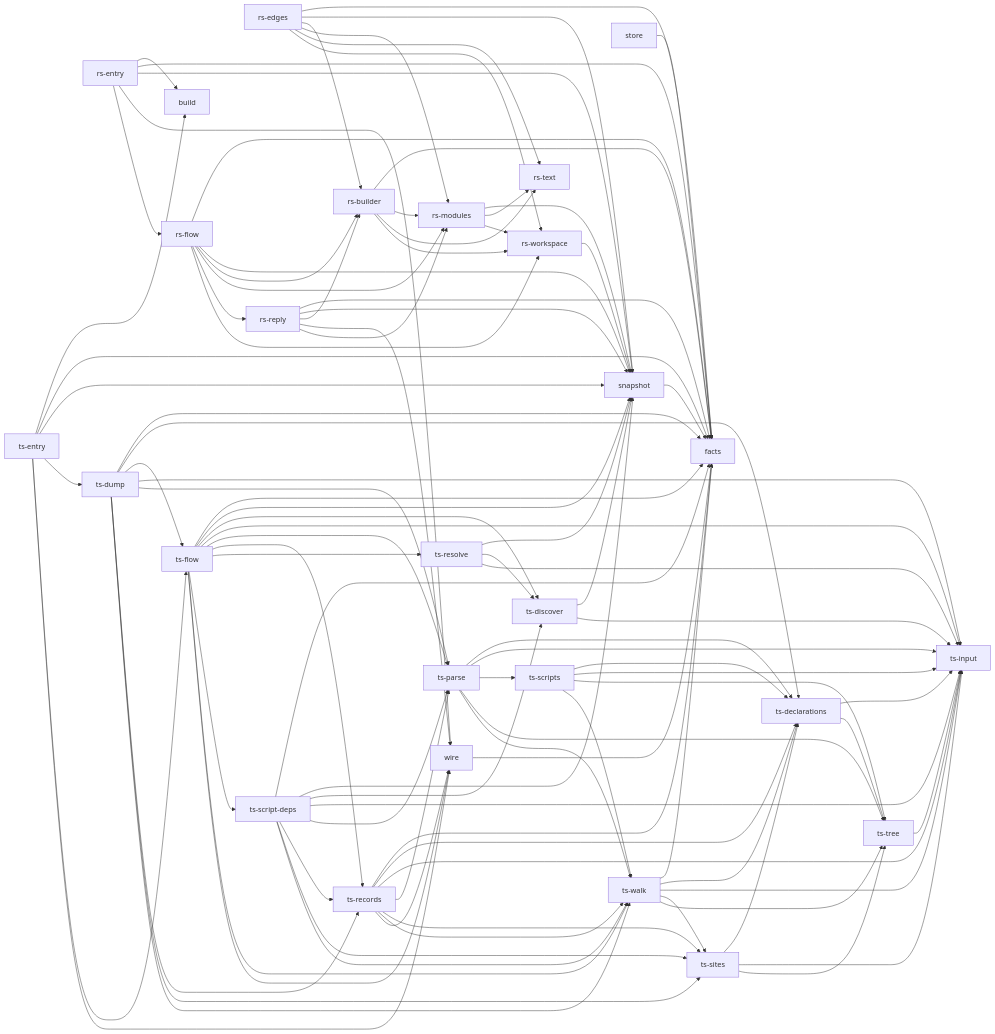
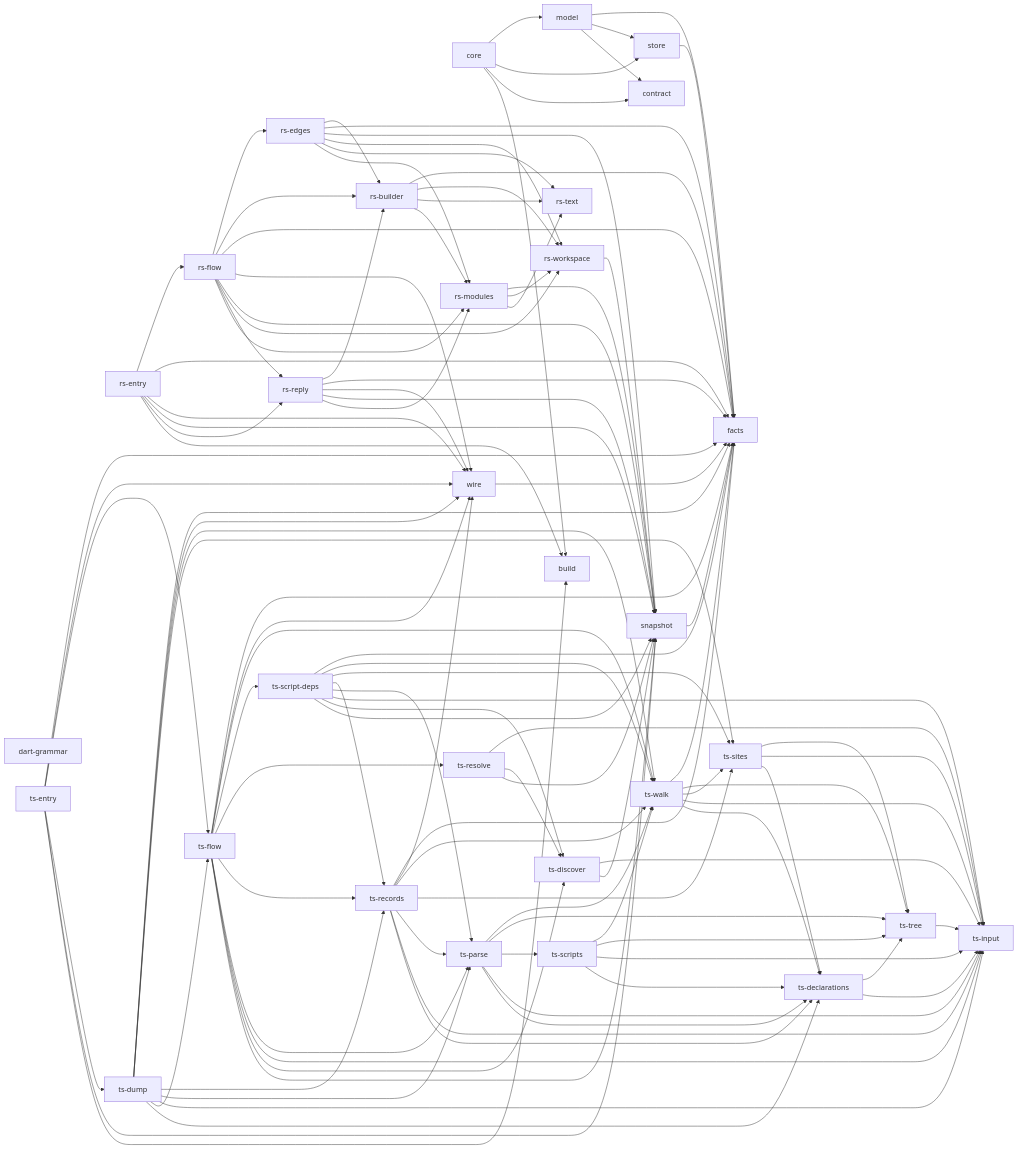
Before and after one commit to rapiddweller/archkeel: the diagram in docs/architecture/native.md, drawn with Mermaid. The commit also changed other lines of this file and 36 other files, not shown here.

First line of the commit message:
Add the model crate and the core binary of WP6 (slice 0b) (#1042)

````diff
--- a/docs/architecture/native.md
+++ b/docs/architecture/native.md
@@ -56,127 +65,142 @@
 ```mermaid
 flowchart LR
     n_0["build"]
-    n_1["facts"]
-    n_2["rs-builder"]
-    n_3["rs-edges"]
-    n_4["rs-entry"]
-    n_5["rs-flow"]
-    n_6["rs-modules"]
-    n_7["rs-reply"]
-    n_8["rs-text"]
-    n_9["rs-workspace"]
-    n_10["snapshot"]
-    n_11["store"]
-    n_12["ts-declarations"]
-    n_13["ts-discover"]
-    n_14["ts-dump"]
-    n_15["ts-entry"]
-    n_16["ts-flow"]
-    n_17["ts-input"]
-    n_18["ts-parse"]
-    n_19["ts-records"]
-    n_20["ts-resolve"]
-    n_21["ts-script-deps"]
-    n_22["ts-scripts"]
-    n_23["ts-sites"]
-    n_24["ts-tree"]
-    n_25["ts-walk"]
-    n_26["wire"]
-    n_10 --> n_1
-    n_11 --> n_1
-    n_12 --> n_17
-    n_12 --> n_24
-    n_13 --> n_10
-    n_13 --> n_17
-    n_14 --> n_1
-    n_14 --> n_12
-    n_14 --> n_16
-    n_14 --> n_17
-    n_14 --> n_18
-    n_14 --> n_19
-    n_14 --> n_23
-    n_14 --> n_25
-    n_15 --> n_0
-    n_15 --> n_1
-    n_15 --> n_10
-    n_15 --> n_14
-    n_15 --> n_16
-    n_15 --> n_26
-    n_16 --> n_1
-    n_16 --> n_10
-    n_16 --> n_13
-    n_16 --> n_17
-    n_16 --> n_18
-    n_16 --> n_19
-    n_16 --> n_20
+    n_1["contract"]
+    n_2["core"]
+    n_3["dart-grammar"]
+    n_4["facts"]
+    n_5["model"]
+    n_6["rs-builder"]
+    n_7["rs-edges"]
+    n_8["rs-entry"]
+    n_9["rs-flow"]
+    n_10["rs-modules"]
+    n_11["rs-reply"]
+    n_12["rs-text"]
+    n_13["rs-workspace"]
+    n_14["snapshot"]
+    n_15["store"]
+    n_16["ts-declarations"]
+    n_17["ts-discover"]
+    n_18["ts-dump"]
+    n_19["ts-entry"]
+    n_20["ts-flow"]
+    n_21["ts-input"]
+    n_22["ts-parse"]
+    n_23["ts-records"]
+    n_24["ts-resolve"]
+    n_25["ts-script-deps"]
+    n_26["ts-scripts"]
+    n_27["ts-sites"]
+    n_28["ts-tree"]
+    n_29["ts-walk"]
+    n_30["wire"]
+    n_10 --> n_12
+    n_10 --> n_13
+    n_10 --> n_14
+    n_11 --> n_10
+    n_11 --> n_14
+    n_11 --> n_30
+    n_11 --> n_4
+    n_11 --> n_6
+    n_13 --> n_14
+    n_14 --> n_4
+    n_15 --> n_4
     n_16 --> n_21
-    n_16 --> n_25
-    n_16 --> n_26
-    n_18 --> n_12
-    n_18 --> n_17
+    n_16 --> n_28
+    n_17 --> n_14
+    n_17 --> n_21
+    n_18 --> n_16
+    n_18 --> n_20
+    n_18 --> n_21
     n_18 --> n_22
-    n_18 --> n_24
-    n_18 --> n_25
-    n_19 --> n_1
-    n_19 --> n_12
-    n_19 --> n_17
+    n_18 --> n_23
+    n_18 --> n_27
+    n_18 --> n_29
+    n_18 --> n_30
+    n_18 --> n_4
+    n_19 --> n_0
+    n_19 --> n_14
     n_19 --> n_18
-    n_19 --> n_23
-    n_19 --> n_25
-    n_19 --> n_26
+    n_19 --> n_20
+    n_19 --> n_30
+    n_19 --> n_4
+    n_2 --> n_0
     n_2 --> n_1
-    n_2 --> n_6
-    n_2 --> n_8
-    n_2 --> n_9
-    n_20 --> n_10
-    n_20 --> n_13
+    n_2 --> n_15
+    n_2 --> n_5
+    n_20 --> n_14
     n_20 --> n_17
-    n_21 --> n_1
-    n_21 --> n_10
-    n_21 --> n_13
-    n_21 --> n_17
-    n_21 --> n_18
-    n_21 --> n_19
-    n_21 --> n_23
-    n_21 --> n_25
-    n_22 --> n_12
-    n_22 --> n_17
-    n_22 --> n_24
-    n_22 --> n_25
-    n_23 --> n_12
-    n_23 --> n_17
-    n_23 --> n_24
+    n_20 --> n_21
+    n_20 --> n_22
+    n_20 --> n_23
+    n_20 --> n_24
+    n_20 --> n_25
+    n_20 --> n_29
+    n_20 --> n_30
+    n_20 --> n_4
+    n_22 --> n_16
+    n_22 --> n_21
+    n_22 --> n_26
+    n_22 --> n_28
+    n_22 --> n_29
+    n_23 --> n_16
+    n_23 --> n_21
+    n_23 --> n_22
+    n_23 --> n_27
+    n_23 --> n_29
+    n_23 --> n_30
+    n_23 --> n_4
+    n_24 --> n_14
     n_24 --> n_17
-    n_25 --> n_1
-    n_25 --> n_12
+    n_24 --> n_21
+    n_25 --> n_14
     n_25 --> n_17
+    n_25 --> n_21
+    n_25 --> n_22
     n_25 --> n_23
-    n_25 --> n_24
-    n_26 --> n_1
-    n_3 --> n_1
-    n_3 --> n_10
-    n_3 --> n_2
-    n_3 --> n_6
-    n_3 --> n_8
-    n_3 --> n_9
-    n_4 --> n_0
-    n_4 --> n_1
-    n_4 --> n_10
-    n_4 --> n_26
-    n_4 --> n_5
+    n_25 --> n_27
+    n_25 --> n_29
+    n_25 --> n_4
+    n_26 --> n_16
+    n_26 --> n_21
+    n_26 --> n_28
+    n_26 --> n_29
+    n_27 --> n_16
+    n_27 --> n_21
+    n_27 --> n_28
+    n_28 --> n_21
+    n_29 --> n_16
+    n_29 --> n_21
+    n_29 --> n_27
+    n_29 --> n_28
+    n_29 --> n_4
+    n_30 --> n_4
     n_5 --> n_1
-    n_5 --> n_10
-    n_5 --> n_2
-    n_5 --> n_6
-    n_5 --> n_7
-    n_5 --> n_9
+    n_5 --> n_15
+    n_5 --> n_4
     n_6 --> n_10
-    n_6 --> n_8
-    n_6 --> n_9
-    n_7 --> n_1
+    n_6 --> n_12
+    n_6 --> n_13
+    n_6 --> n_4
     n_7 --> n_10
-    n_7 --> n_2
-    n_7 --> n_26
+    n_7 --> n_12
+    n_7 --> n_13
+    n_7 --> n_14
+    n_7 --> n_4
     n_7 --> n_6
+    n_8 --> n_0
+    n_8 --> n_11
+    n_8 --> n_14
+    n_8 --> n_30
+    n_8 --> n_4
+    n_8 --> n_9
     n_9 --> n_10
+    n_9 --> n_11
+    n_9 --> n_13
+    n_9 --> n_14
+    n_9 --> n_30
+    n_9 --> n_4
+    n_9 --> n_6
+    n_9 --> n_7
 ```
````
